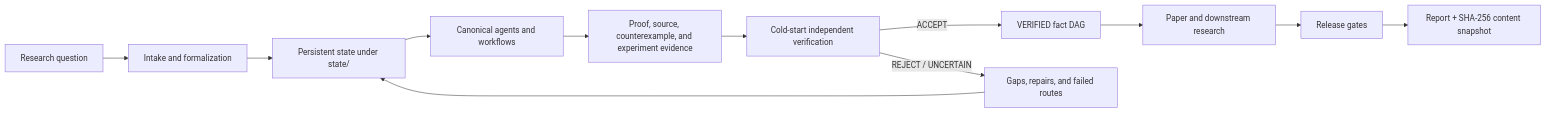
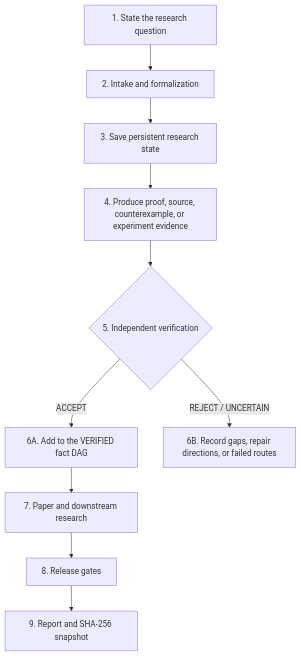
Before and after one commit to f0909172434/proofweave-math-lab: the diagram in README.en.md, drawn with Mermaid. The commit also changed other lines of this file and 3 other files, not shown here.

Commit message:
Improve README diagram readability

````diff
--- a/README.en.md
+++ b/README.en.md
@@ -109,14 +109,12 @@
 ```mermaid
-flowchart LR
-    U["Research question"] --> I["Intake and formalization"]
-    I --> S["Persistent state under state/"]
-    S --> W["Canonical agents and workflows"]
-    W --> E["Proof, source, counterexample, and experiment evidence"]
-    E --> V["Cold-start independent verification"]
-    V -->|"ACCEPT"| G["VERIFIED fact DAG"]
-    V -->|"REJECT / UNCERTAIN"| O["Gaps, repairs, and failed routes"]
-    G --> P["Paper and downstream research"]
-    O --> S
-    P --> R["Release gates"]
-    R --> M["Report + SHA-256 content snapshot"]
+flowchart TB
+    A["1. State the research question"] --> B["2. Intake and formalization"]
+    B --> C["3. Save persistent research state"]
+    C --> D["4. Produce proof, source, counterexample, or experiment evidence"]
+    D --> E{"5. Independent verification"}
+    E -->|"ACCEPT"| F["6A. Add to the VERIFIED fact DAG"]
+    E -->|"REJECT / UNCERTAIN"| G["6B. Record gaps, repair directions, or failed routes"]
+    F --> H["7. Paper and downstream research"]
+    H --> I["8. Release gates"]
+    I --> J["9. Report and SHA-256 snapshot"]
 ```
````
